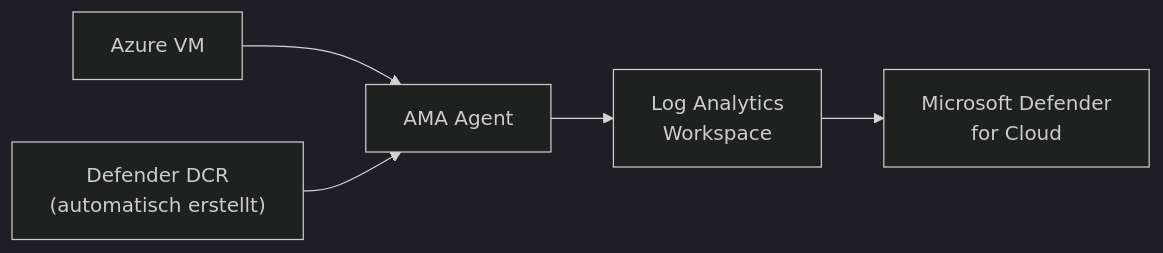
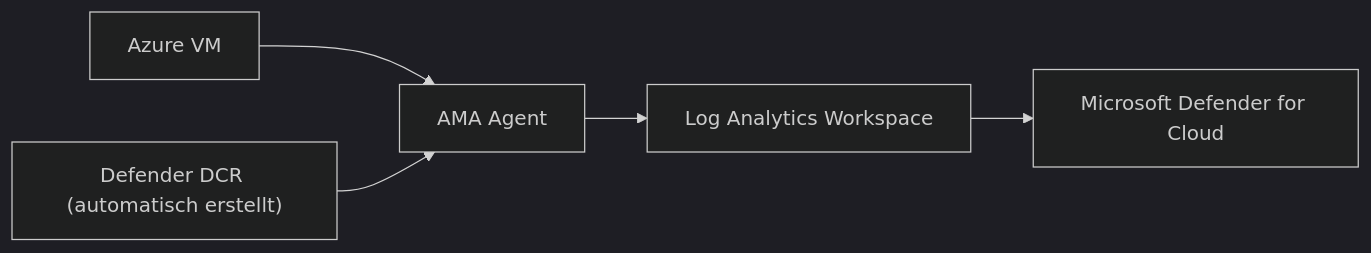
The fifth of 6 diagrams in Microsoft 365/Azure/Monitor und Management/Azure Monitor Agent.md (SoniiiT/notes-n-docs), drawn with Mermaid (dark theme) before and after one commit. The commit also changed other lines of this file and 124 other files, not shown here.

First line of the commit message:
fix: Entferne \n aus allen Mermaid-Diagrammen (125 Dateien)

````diff
--- a/Microsoft 365/Azure/Monitor und Management/Azure Monitor Agent.md
+++ b/Microsoft 365/Azure/Monitor und Management/Azure Monitor Agent.md
@@ -326,13 +326,13 @@
 ```mermaid
 graph LR
     VM["Azure VM"]
     AMA["AMA Agent"]
-    DCR["Defender DCR\n(automatisch erstellt)"]
-    LAW["Log Analytics\nWorkspace"]
-    MDC["Microsoft Defender\nfor Cloud"]
+    DCR["Defender DCR (automatisch erstellt)"]
+    LAW["Log Analytics Workspace"]
+    MDC["Microsoft Defender for Cloud"]
 
     VM --> AMA
     DCR --> AMA
     AMA --> LAW
     LAW --> MDC
 ```
````
